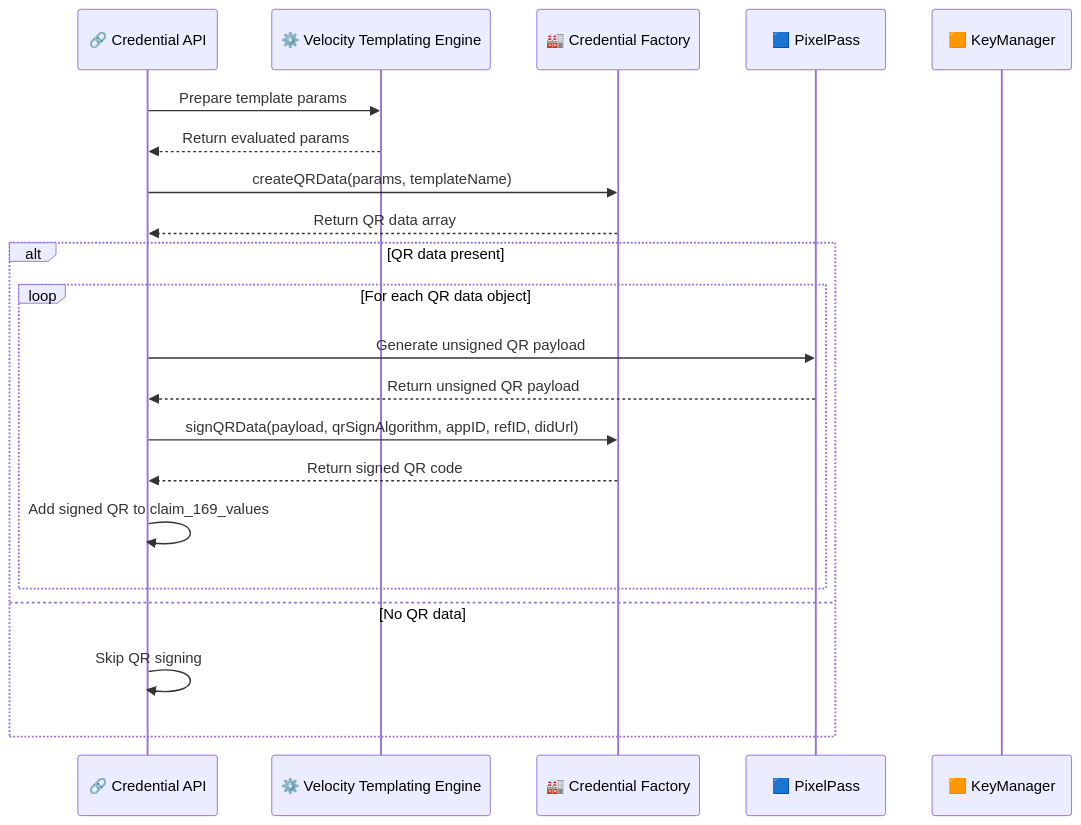
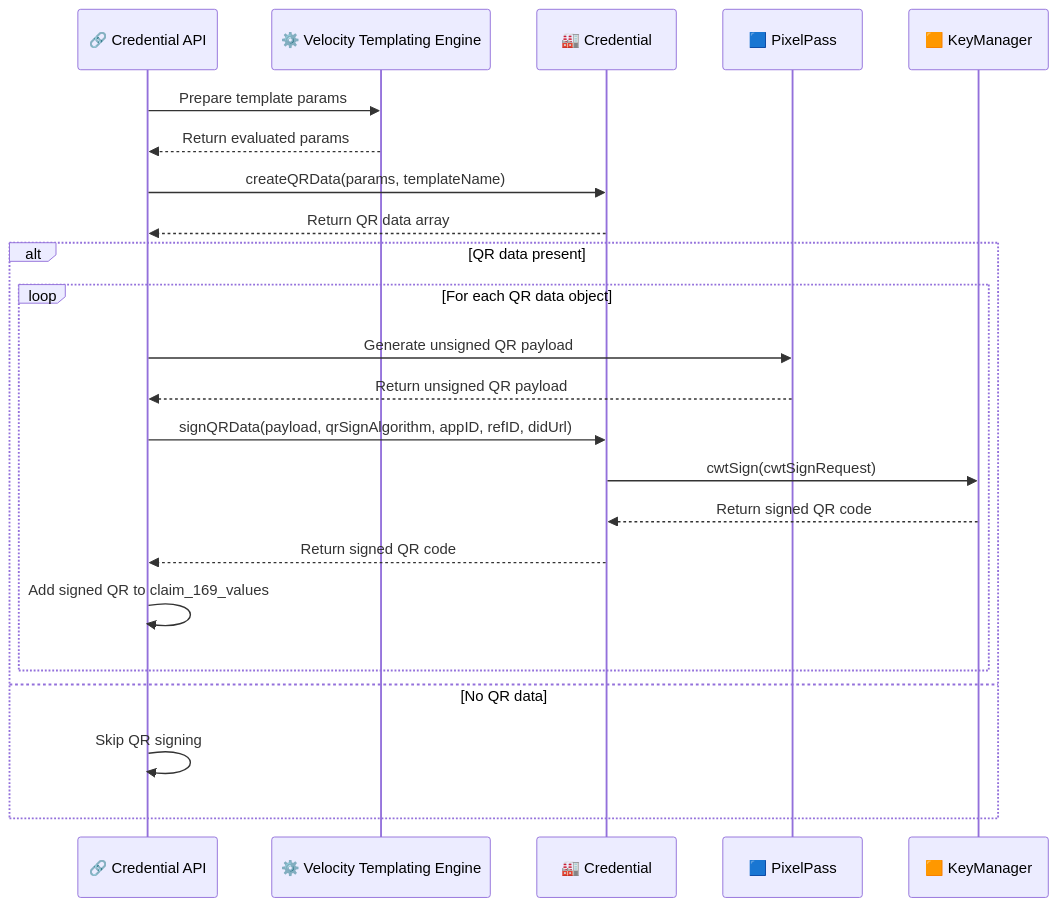
One commit to inji/inji-certify changed the diagram in docs/Claim-169-QR-Code-Support.md. Above: the diagram before and after it, drawn with Mermaid. The commit also changed other lines of this file and 1 other file, not shown here.

Commit message:
[INJICERT-1228] Fix base64 encoder and sequence diagram

````diff
--- a/docs/Claim-169-QR-Code-Support.md
+++ b/docs/Claim-169-QR-Code-Support.md
@@ -135,26 +164,28 @@
 ```mermaid
 sequenceDiagram
     participant CredentialAPI as 🔗 Credential API
     participant VelocityTemplatingEngine as ⚙️ Velocity Templating Engine
-    participant CredentialFactory as 🏭 Credential Factory
+    participant Credential as 🏭 Credential
     participant PixelPass as 🟦 PixelPass
     participant KeyManager as 🟧 KeyManager
 
     CredentialAPI->>VelocityTemplatingEngine: Prepare template params
     VelocityTemplatingEngine-->>CredentialAPI: Return evaluated params
 
-    CredentialAPI->>CredentialFactory: createQRData(params, templateName)
-    CredentialFactory-->>CredentialAPI: Return QR data array
+    CredentialAPI->>Credential: createQRData(params, templateName)
+    Credential-->>CredentialAPI: Return QR data array
 
     alt QR data present
         loop For each QR data object
             CredentialAPI->>PixelPass: Generate unsigned QR payload
             PixelPass-->>CredentialAPI: Return unsigned QR payload
-            CredentialAPI->>CredentialFactory: signQRData(payload, qrSignAlgorithm, appID, refID, didUrl)
-            CredentialFactory-->>CredentialAPI: Return signed QR code
+            CredentialAPI->>Credential: signQRData(payload, qrSignAlgorithm, appID, refID, didUrl)
+            Credential->>KeyManager: cwtSign(cwtSignRequest)
+            KeyManager-->>Credential: Return signed QR code
+            Credential-->>CredentialAPI: Return signed QR code
             CredentialAPI->>CredentialAPI: Add signed QR to claim_169_values
         end
     else No QR data
         CredentialAPI->>CredentialAPI: Skip QR signing
     end
 ```
````
